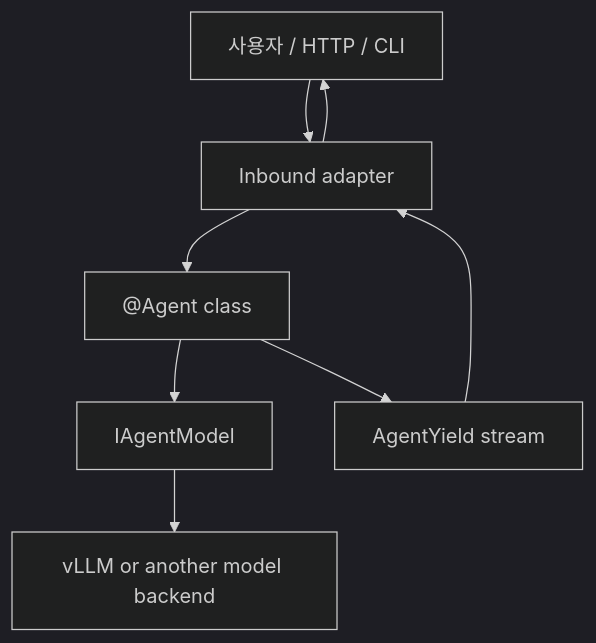
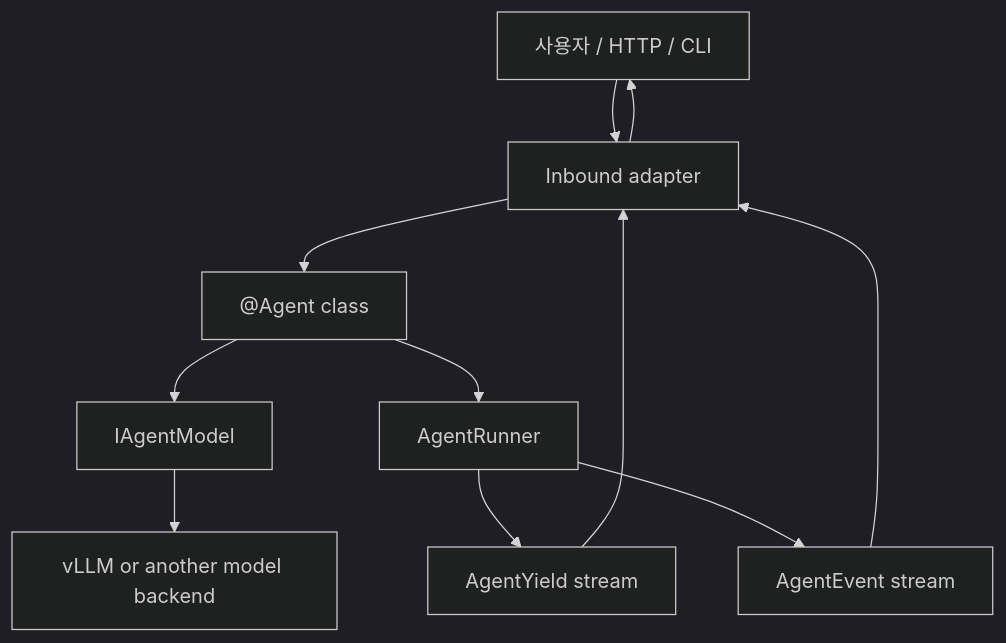
The diagram in docs/guides/agents.md (E5presso/spakky-framework), drawn with Mermaid (dark theme) before and after one commit. The commit also changed other lines of this file and 25 other files, not shown here.

Commit message:
docs(agent): sync agent adapter documentation

````diff
--- a/docs/guides/agents.md
+++ b/docs/guides/agents.md
@@ -57,10 +59,13 @@
 ```mermaid
 flowchart TD
   Client[사용자 / HTTP / CLI] --> Adapter[Inbound adapter]
   Adapter --> Agent["@Agent class"]
   Agent --> Model[IAgentModel]
   Model --> Backend[vLLM or another model backend]
-  Agent --> Yield[AgentYield stream]
+  Agent --> Runner[AgentRunner]
+  Runner --> Yield[AgentYield stream]
+  Runner --> Event[AgentEvent stream]
   Yield --> Adapter
+  Event --> Adapter
   Adapter --> Client
 ```
````
